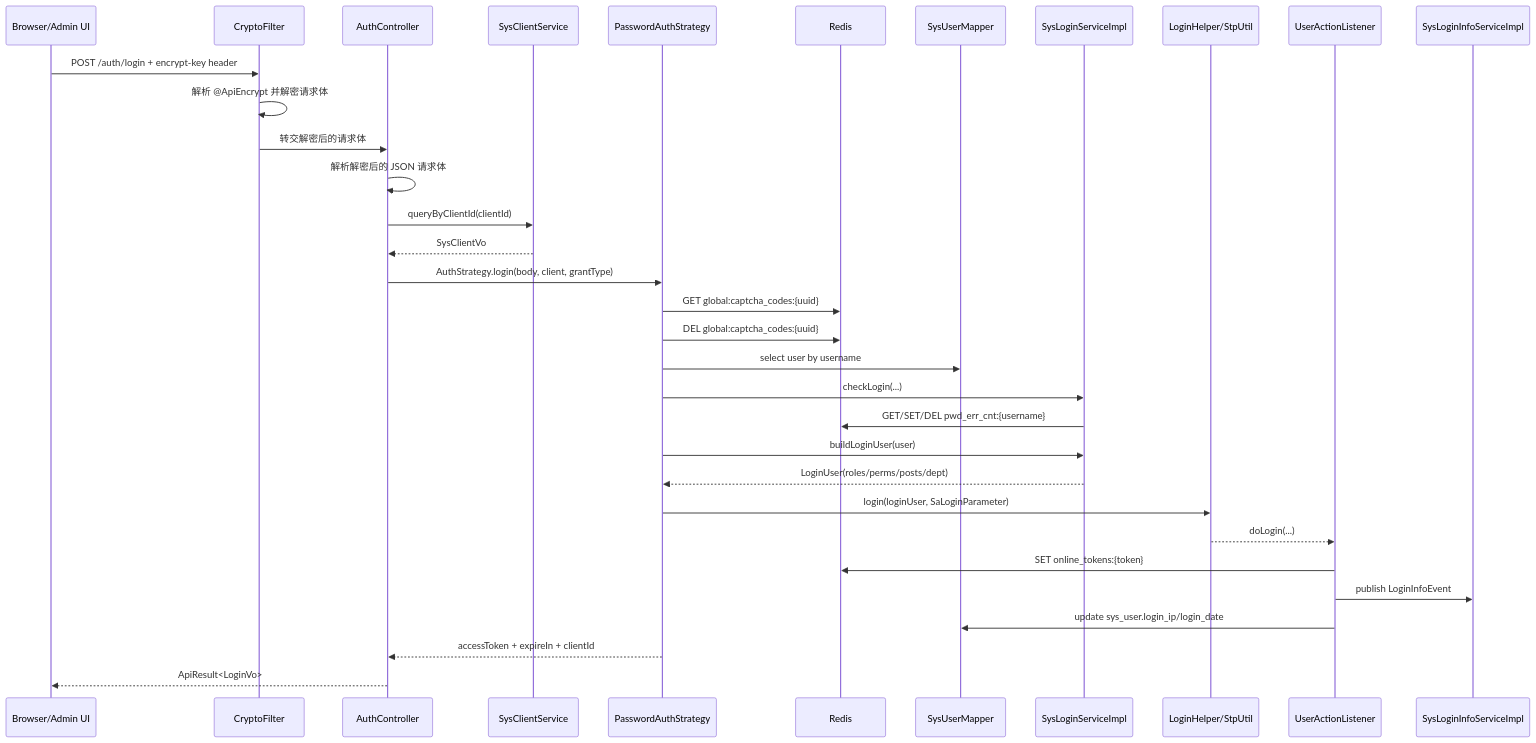
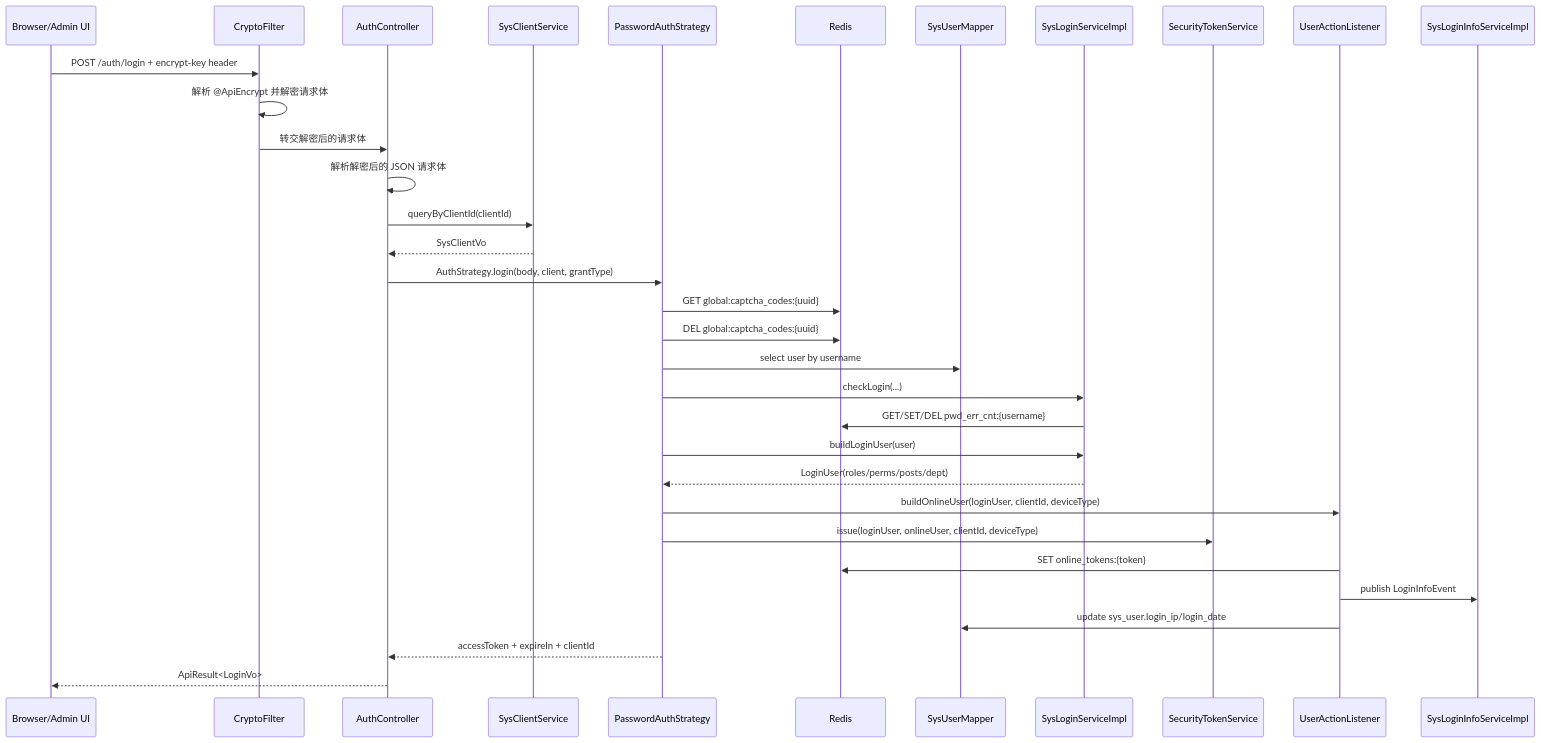
Before and after one commit to cicys/sv-scaffold-ai: the second of 3 diagrams in infoq-scaffold-backend/doc/data-flow.md, drawn with Mermaid. The commit also changed other lines of this file and 176 other files, not shown here.

````diff
--- a/infoq-scaffold-backend/doc/data-flow.md
+++ b/infoq-scaffold-backend/doc/data-flow.md
@@ -83,36 +83,36 @@
 ```mermaid
 sequenceDiagram
     participant Client as Browser/Admin UI
     participant Crypto as CryptoFilter
     participant Auth as AuthController
     participant ClientSvc as SysClientService
     participant Strategy as PasswordAuthStrategy
     participant Redis as Redis
     participant UserMapper as SysUserMapper
     participant LoginSvc as SysLoginServiceImpl
-    participant SaToken as LoginHelper/StpUtil
+    participant Security as SecurityTokenService
     participant Listener as UserActionListener
     participant LoginInfo as SysLoginInfoServiceImpl
 
     Client->>Crypto: POST /auth/login + encrypt-key header
     Crypto->>Crypto: 解析 @ApiEncrypt 并解密请求体
     Crypto->>Auth: 转交解密后的请求体
     Auth->>Auth: 解析解密后的 JSON 请求体
     Auth->>ClientSvc: queryByClientId(clientId)
     ClientSvc-->>Auth: SysClientVo
     Auth->>Strategy: AuthStrategy.login(body, client, grantType)
     Strategy->>Redis: GET global:captcha_codes:{uuid}
     Strategy->>Redis: DEL global:captcha_codes:{uuid}
     Strategy->>UserMapper: select user by username
     Strategy->>LoginSvc: checkLogin(...)
     LoginSvc->>Redis: GET/SET/DEL pwd_err_cnt:{username}
     Strategy->>LoginSvc: buildLoginUser(user)
     LoginSvc-->>Strategy: LoginUser(roles/perms/posts/dept)
-    Strategy->>SaToken: login(loginUser, SaLoginParameter)
-    SaToken-->>Listener: doLogin(...)
+    Strategy->>Listener: buildOnlineUser(loginUser, clientId, deviceType)
+    Strategy->>Security: issue(loginUser, onlineUser, clientId, deviceType)
     Listener->>Redis: SET online_tokens:{token}
     Listener->>LoginInfo: publish LoginInfoEvent
     Listener->>UserMapper: update sys_user.login_ip/login_date
     Strategy-->>Auth: accessToken + expireIn + clientId
     Auth-->>Client: ApiResult<LoginVo>
 ```
````
